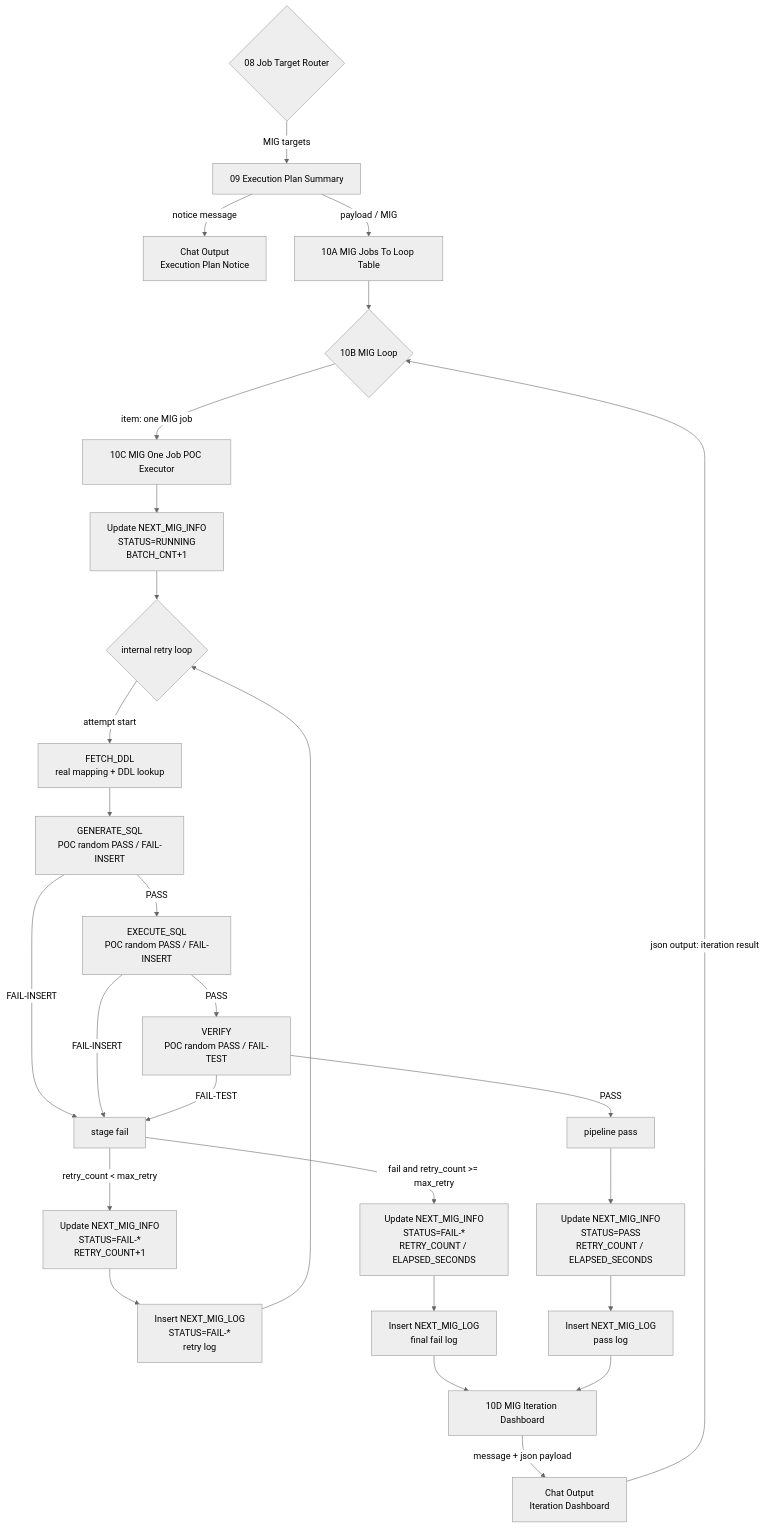
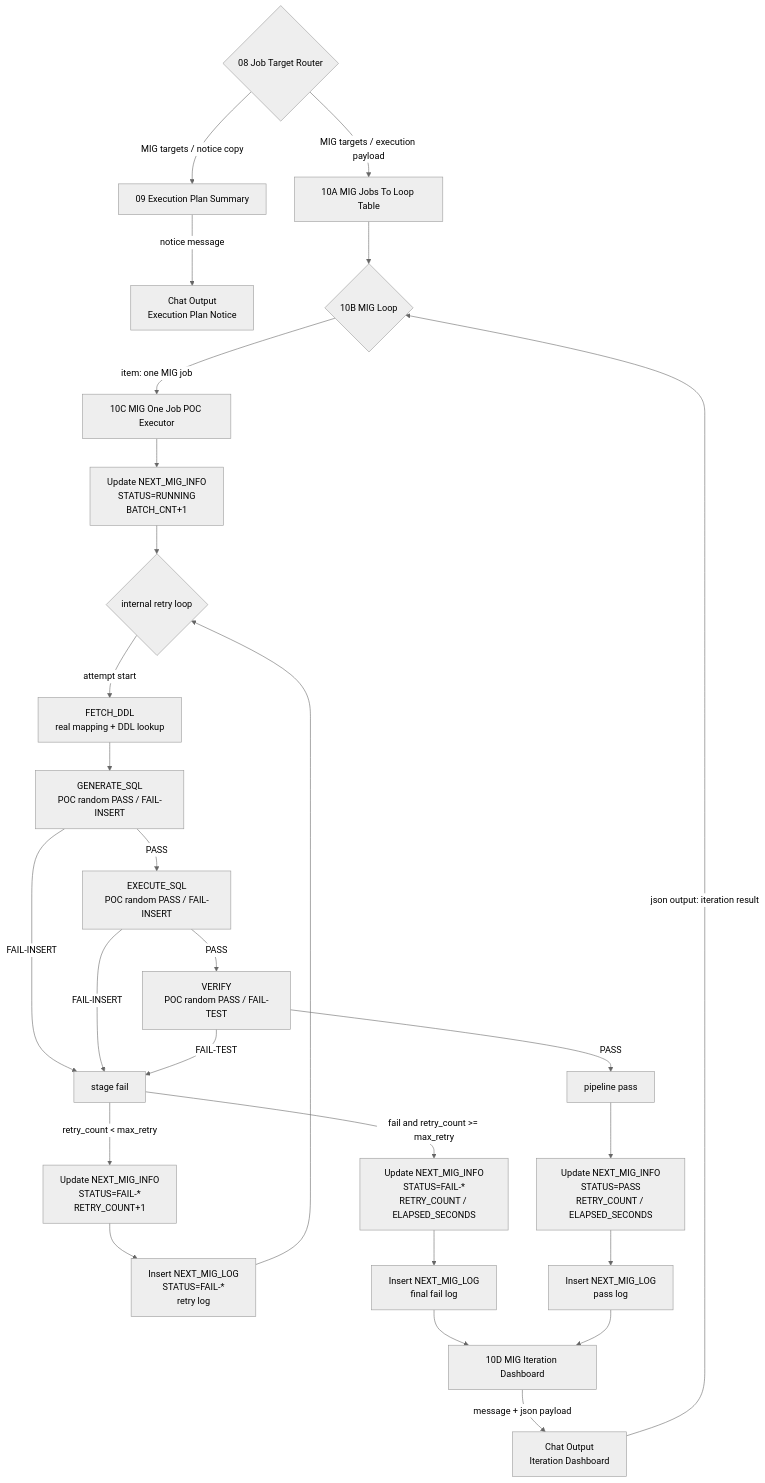
Before and after one commit to seongikjin227-jpg/refactoring_smartMigrate: the second of 2 diagrams in langflow_260819_newType/00_architecture.md, drawn with Mermaid (neutral theme). The commit also changed other lines of this file and 11 other files, not shown here.

````diff
--- a/langflow_260819_newType/00_architecture.md
+++ b/langflow_260819_newType/00_architecture.md
@@ -145,38 +147,38 @@
 ```mermaid
 flowchart TD
-    H{"08 Job Target Router"} -->|MIG targets| P["09 Execution Plan Summary"]
+    H{"08 Job Target Router"} -->|MIG targets / notice copy| P["09 Execution Plan Summary"]
     P -->|notice message| OUT_NOTICE["Chat Output<br/>Execution Plan Notice"]
-    P -->|payload / MIG| MT["10A MIG Jobs To Loop Table"]
+    H -->|MIG targets / execution payload| MT["10A MIG Jobs To Loop Table"]
 
     MT --> L{"10B MIG Loop"}
 
     L -->|item: one MIG job| W["10C MIG One Job POC Executor"]
     W --> U1["Update NEXT_MIG_INFO<br/>STATUS=RUNNING<br/>BATCH_CNT+1"]
     U1 --> R{"internal retry loop"}
 
     R -->|attempt start| F["FETCH_DDL<br/>real mapping + DDL lookup"]
     F --> G["GENERATE_SQL<br/>POC random PASS / FAIL-INSERT"]
     G -->|PASS| E["EXECUTE_SQL<br/>POC random PASS / FAIL-INSERT"]
     E -->|PASS| V["VERIFY<br/>POC random PASS / FAIL-TEST"]
     G -->|FAIL-INSERT| X["stage fail"]
     E -->|FAIL-INSERT| X
     V -->|FAIL-TEST| X
     V -->|PASS| OK["pipeline pass"]
 
     X -->|retry_count < max_retry| U2["Update NEXT_MIG_INFO<br/>STATUS=FAIL-*<br/>RETRY_COUNT+1"]
     U2 --> LOGR["Insert NEXT_MIG_LOG<br/>STATUS=FAIL-*<br/>retry log"]
     LOGR --> R
 
     X -->|fail and retry_count >= max_retry| U3["Update NEXT_MIG_INFO<br/>STATUS=FAIL-*<br/>RETRY_COUNT / ELAPSED_SECONDS"]
     OK --> U4["Update NEXT_MIG_INFO<br/>STATUS=PASS<br/>RETRY_COUNT / ELAPSED_SECONDS"]
 
     U3 --> LOGF["Insert NEXT_MIG_LOG<br/>final fail log"]
     U4 --> LOGP["Insert NEXT_MIG_LOG<br/>pass log"]
 
     LOGF --> D["10D MIG Iteration Dashboard"]
     LOGP --> D
 
     D -->|message + json payload| OUT_ITER["Chat Output<br/>Iteration Dashboard"]
     OUT_ITER -->|json output: iteration result| L
 
 ```
````
